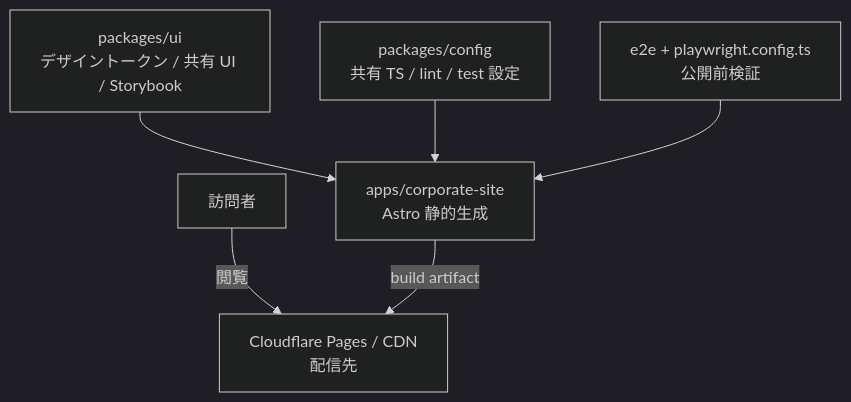
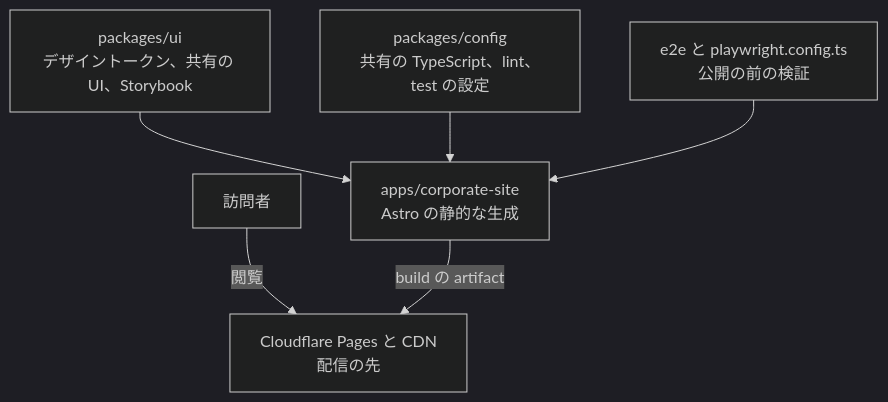
Before and after one commit to Fukuemon/kufu-apps: the diagram in design/DesignDoc.md, drawn with Mermaid (dark theme). The commit also changed other lines of this file and 14 other files, not shown here.

````diff
--- a/design/DesignDoc.md
+++ b/design/DesignDoc.md
@@ -174,8 +61,8 @@
 ```mermaid
 flowchart TD
-    Visitor["訪問者"] -->|"閲覧"| CF["Cloudflare Pages / CDN<br/>配信先"]
-    Corp["apps/corporate-site<br/>Astro 静的生成"] -->|"build artifact"| CF
-    UI["packages/ui<br/>デザイントークン / 共有 UI / Storybook"] --> Corp
-    Config["packages/config<br/>共有 TS / lint / test 設定"] --> Corp
-    E2E["e2e + playwright.config.ts<br/>公開前検証"] --> Corp
+    Visitor["訪問者"] -->|"閲覧"| CF["Cloudflare Pages と CDN<br/>配信の先"]
+    Corp["apps/corporate-site<br/>Astro の静的な生成"] -->|"build の artifact"| CF
+    UI["packages/ui<br/>デザイントークン、共有の UI、Storybook"] --> Corp
+    Config["packages/config<br/>共有の TypeScript、lint、test の設定"] --> Corp
+    E2E["e2e と playwright.config.ts<br/>公開の前の検証"] --> Corp
 ```
````
